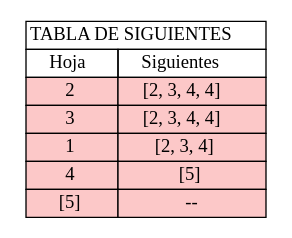
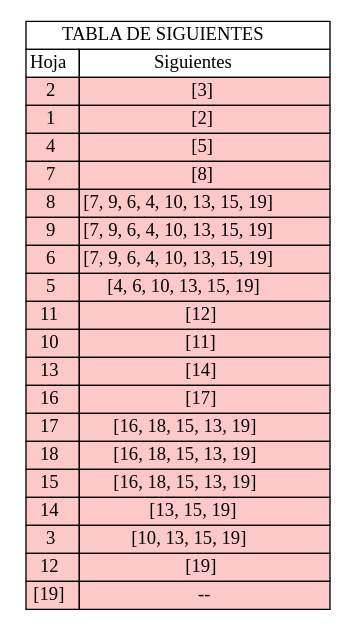
The diagram in SIGUIENTES_201700381/Siguientes1.dot (NeryJim21/OLC1-Project1), drawn with Graphviz before and after one commit. The commit also changed 2 other files, not shown here.

Commit message:
update: Corrección bug siguientes repetidos

```diff
--- a/SIGUIENTES_201700381/Siguientes1.dot
+++ b/SIGUIENTES_201700381/Siguientes1.dot
@@ -1,14 +1,28 @@
 digraph { 
  tbl1 [
 shape=plaintext
  label=<
 <table border='0' cellborder='1' cellspacing='0'>
 <tr><td colspan="2">TABLA DE SIGUIENTES</td></tr>
-<th><td>Hoja</td><td>Siguientes</td></th><tr><td bgcolor="#fcc8c8">2</td><td bgcolor="#fcc8c8">[2, 3, 4, 4]</td></tr>
-<tr><td bgcolor="#fcc8c8">3</td><td bgcolor="#fcc8c8">[2, 3, 4, 4]</td></tr>
-<tr><td bgcolor="#fcc8c8">1</td><td bgcolor="#fcc8c8">[2, 3, 4]</td></tr>
+<th><td>Hoja</td><td>Siguientes</td></th><tr><td bgcolor="#fcc8c8">2</td><td bgcolor="#fcc8c8">[3]</td></tr>
+<tr><td bgcolor="#fcc8c8">1</td><td bgcolor="#fcc8c8">[2]</td></tr>
 <tr><td bgcolor="#fcc8c8">4</td><td bgcolor="#fcc8c8">[5]</td></tr>
-<tr><td bgcolor="#fcc8c8">[5]</td><td bgcolor="#fcc8c8">--</td></tr>
+<tr><td bgcolor="#fcc8c8">7</td><td bgcolor="#fcc8c8">[8]</td></tr>
+<tr><td bgcolor="#fcc8c8">8</td><td bgcolor="#fcc8c8">[7, 9, 6, 4, 10, 13, 15, 19]</td></tr>
+<tr><td bgcolor="#fcc8c8">9</td><td bgcolor="#fcc8c8">[7, 9, 6, 4, 10, 13, 15, 19]</td></tr>
+<tr><td bgcolor="#fcc8c8">6</td><td bgcolor="#fcc8c8">[7, 9, 6, 4, 10, 13, 15, 19]</td></tr>
+<tr><td bgcolor="#fcc8c8">5</td><td bgcolor="#fcc8c8">[4, 6, 10, 13, 15, 19]</td></tr>
+<tr><td bgcolor="#fcc8c8">11</td><td bgcolor="#fcc8c8">[12]</td></tr>
+<tr><td bgcolor="#fcc8c8">10</td><td bgcolor="#fcc8c8">[11]</td></tr>
+<tr><td bgcolor="#fcc8c8">13</td><td bgcolor="#fcc8c8">[14]</td></tr>
+<tr><td bgcolor="#fcc8c8">16</td><td bgcolor="#fcc8c8">[17]</td></tr>
+<tr><td bgcolor="#fcc8c8">17</td><td bgcolor="#fcc8c8">[16, 18, 15, 13, 19]</td></tr>
+<tr><td bgcolor="#fcc8c8">18</td><td bgcolor="#fcc8c8">[16, 18, 15, 13, 19]</td></tr>
+<tr><td bgcolor="#fcc8c8">15</td><td bgcolor="#fcc8c8">[16, 18, 15, 13, 19]</td></tr>
+<tr><td bgcolor="#fcc8c8">14</td><td bgcolor="#fcc8c8">[13, 15, 19]</td></tr>
+<tr><td bgcolor="#fcc8c8">3</td><td bgcolor="#fcc8c8">[10, 13, 15, 19]</td></tr>
+<tr><td bgcolor="#fcc8c8">12</td><td bgcolor="#fcc8c8">[19]</td></tr>
+<tr><td bgcolor="#fcc8c8">[19]</td><td bgcolor="#fcc8c8">--</td></tr>
 </table>
 >];
 }
```
